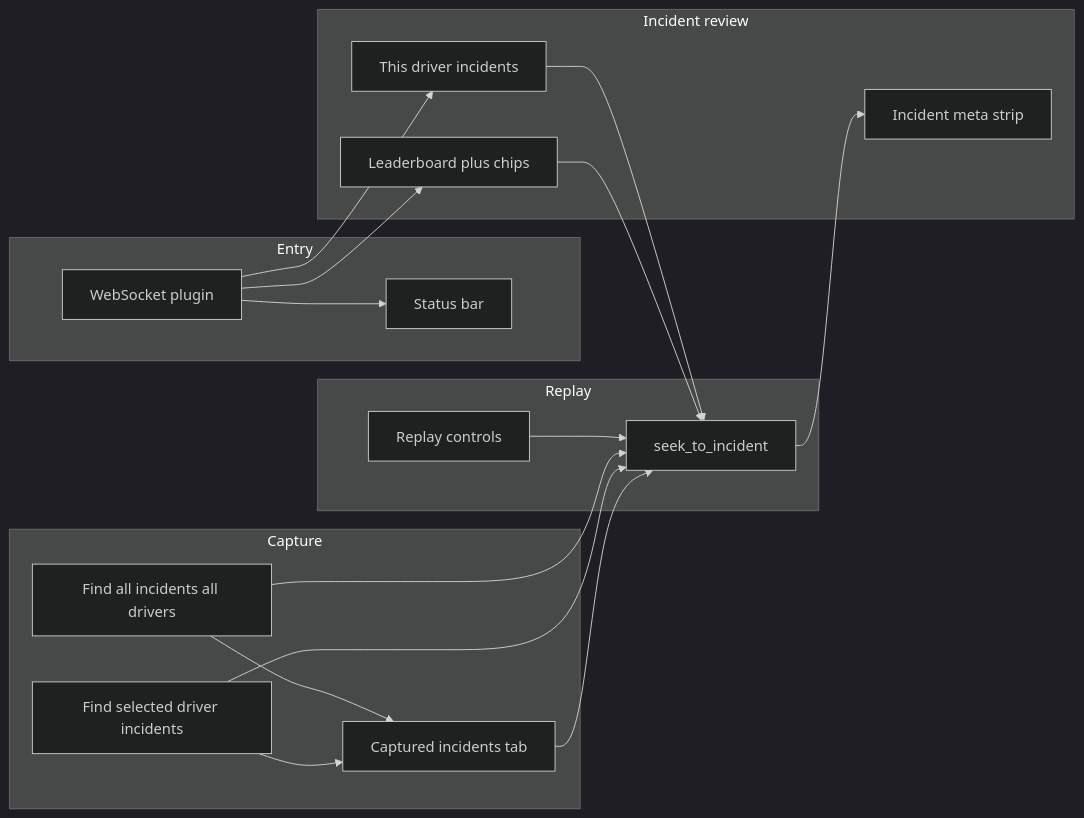
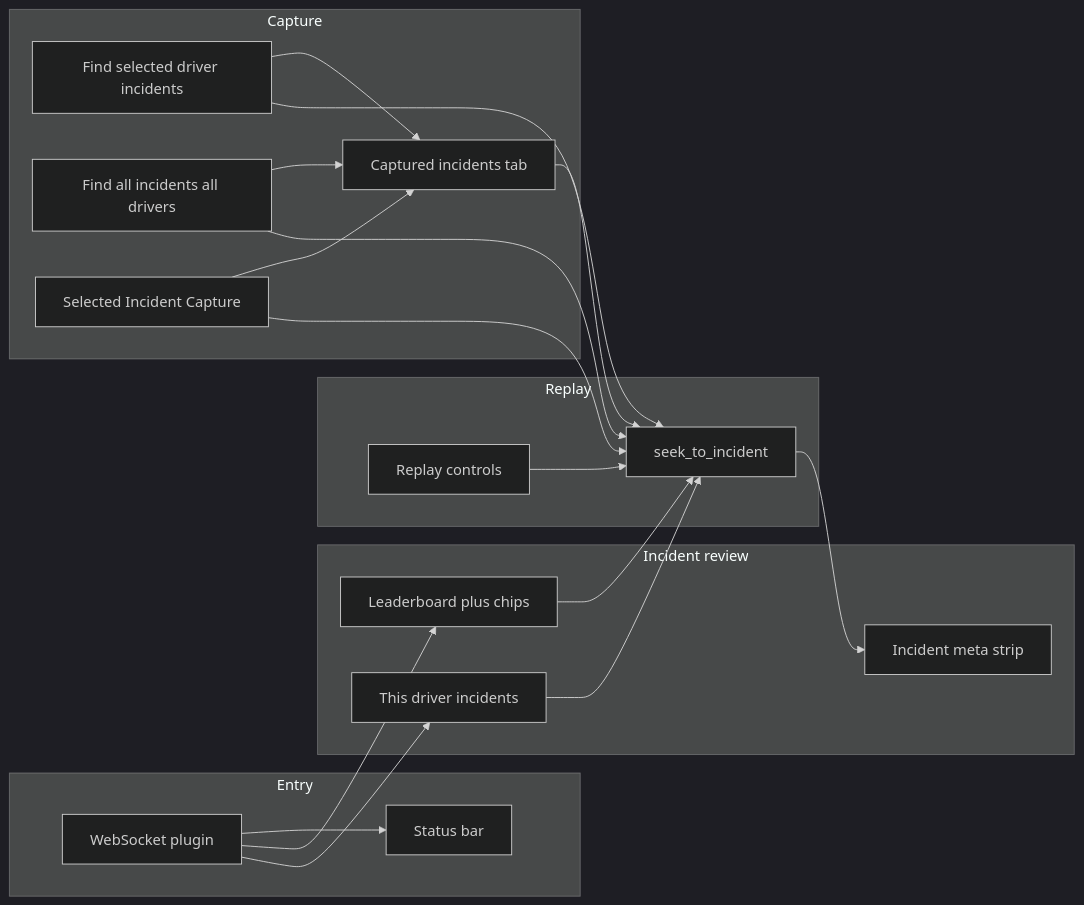
One commit to simsteward/simhub-plugin changed the diagram in docs/USER-FEATURES-PM.md. Above: the diagram before and after it, drawn with Mermaid (dark theme). The commit also changed other lines of this file and 3 other files, not shown here.

````diff
--- a/docs/USER-FEATURES-PM.md
+++ b/docs/USER-FEATURES-PM.md
@@ -131,33 +133,36 @@
 ```mermaid
 flowchart LR
   subgraph entry [Entry]
     Status[Status bar]
     WS[WebSocket plugin]
   end
   subgraph review [Incident review]
     LB[Leaderboard plus chips]
     DrvList[This driver incidents]
     Meta[Incident meta strip]
   end
   subgraph transport [Replay]
     Replay[Replay controls]
     Seek[seek_to_incident]
   end
   subgraph capture [Capture]
     DrvCap[Find selected driver incidents]
     SessCap[Find all incidents all drivers]
+    SelCap[Selected Incident Capture]
     CapList[Captured incidents tab]
   end
   WS --> Status
   WS --> LB
   WS --> DrvList
   LB --> Seek
   DrvList --> Seek
   CapList --> Seek
   DrvCap --> CapList
   SessCap --> CapList
+  SelCap --> CapList
+  SelCap --> Seek
   Seek --> Meta
   DrvCap --> Seek
   SessCap --> Seek
   Replay --> Seek
 ```
````
